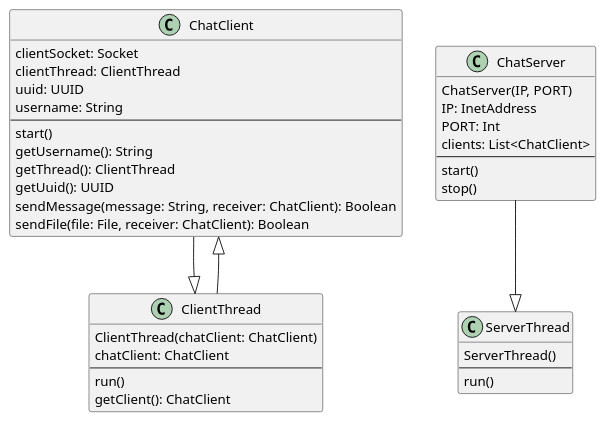
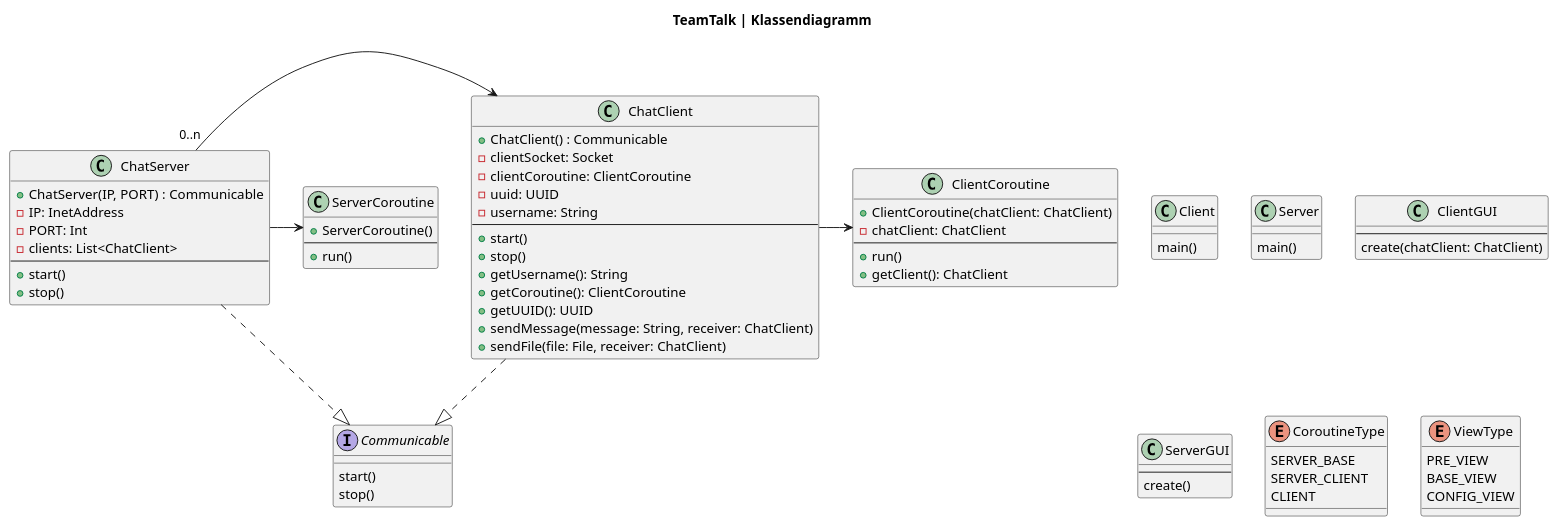
One commit to RaphiH18/TeamTalk changed the diagram in doc/teamtalk_classes.puml. Above: the diagram before and after it, drawn with PlantUML.

Commit message:
Modified UML-diagram

```diff
--- a/doc/teamtalk_classes.puml
+++ b/doc/teamtalk_classes.puml
@@ -1,69 +1,85 @@
 @startuml
-'https://plantuml.com/class-diagram
+title TeamTalk | Klassendiagramm
 
-'ggf. werden Threads durch Coroutines (Kotlin-native Funktion) eingesetzt.
-class ChatClient {
-    clientSocket: Socket
-    clientThread: ClientThread
-    uuid: UUID
-    username: String
-    --
-    start()
-    getUsername(): String
-    getThread(): ClientThread
-    getUuid(): UUID
-    sendMessage(message: String, receiver: ChatClient): Boolean
-    sendFile(file: File, receiver: ChatClient): Boolean
+class Client {
+    main()
 }
 
-class ClientThread {
-    ClientThread(chatClient: ChatClient)
-    chatClient: ChatClient
+class Server {
+    main()
+}
+
+class ClientGUI {
     --
-    run()
-    getClient(): ChatClient
+    create(chatClient: ChatClient)
+}
+
+class ServerGUI {
+    --
+    create()
+}
+
+class ChatClient {
+    +ChatClient() : Communicable
+    -clientSocket: Socket
+    -clientCoroutine: ClientCoroutine
+    -uuid: UUID
+    -username: String
+    --
+    +start()
+    +stop()
+    +getUsername(): String
+    +getCoroutine(): ClientCoroutine
+    +getUUID(): UUID
+    +sendMessage(message: String, receiver: ChatClient)
+    +sendFile(file: File, receiver: ChatClient)
+}
+
+class ClientCoroutine {
+    +ClientCoroutine(chatClient: ChatClient)
+    -chatClient: ChatClient
+    --
+    +run()
+    +getClient(): ChatClient
 }
 
 class ChatServer {
-    ChatServer(IP, PORT)
-    IP: InetAddress
-    PORT: Int
-    clients: List<ChatClient>
+    +ChatServer(IP, PORT) : Communicable
+    -IP: InetAddress
+    -PORT: Int
+    -clients: List<ChatClient>
     --
+    +start()
+    +stop()
+}
+
+class ServerCoroutine {
+    +ServerCoroutine()
+    --
+    +run()
+}
+
+interface Communicable {
     start()
     stop()
 }
 
-class ServerThread {
-    ServerThread()
-    --
-    run()
+enum CoroutineType {
+    SERVER_BASE
+    SERVER_CLIENT
+    CLIENT
 }
 
-ChatClient --|> ClientThread
-ClientThread --|> ChatClient
-ChatServer --|> ServerThread
-'abstract class AbstractList
-'abstract AbstractCollection
-'interface List
-'interface Collection
-'
-'List <|-- AbstractList
-'Collection <|-- AbstractCollection
-'
-'Collection <|- List
-'AbstractCollection <|- AbstractList
-'AbstractList <|-- ArrayList
-'
-'class ArrayList {
-'Object[] elementData
-'size()
-'}
-'
-'enum TimeUnit {
-'DAYS
-'HOURS
-'MINUTES
-'}
+enum ViewType {
+    PRE_VIEW
+    BASE_VIEW
+    CONFIG_VIEW
+}
+
+ChatClient -[dashed]-|> Communicable
+ChatServer -[dashed]-|> Communicable
+ChatServer "0..n" -> ChatClient
+ChatClient -> ClientCoroutine
+ChatServer -> ServerCoroutine
 
 @enduml
```
